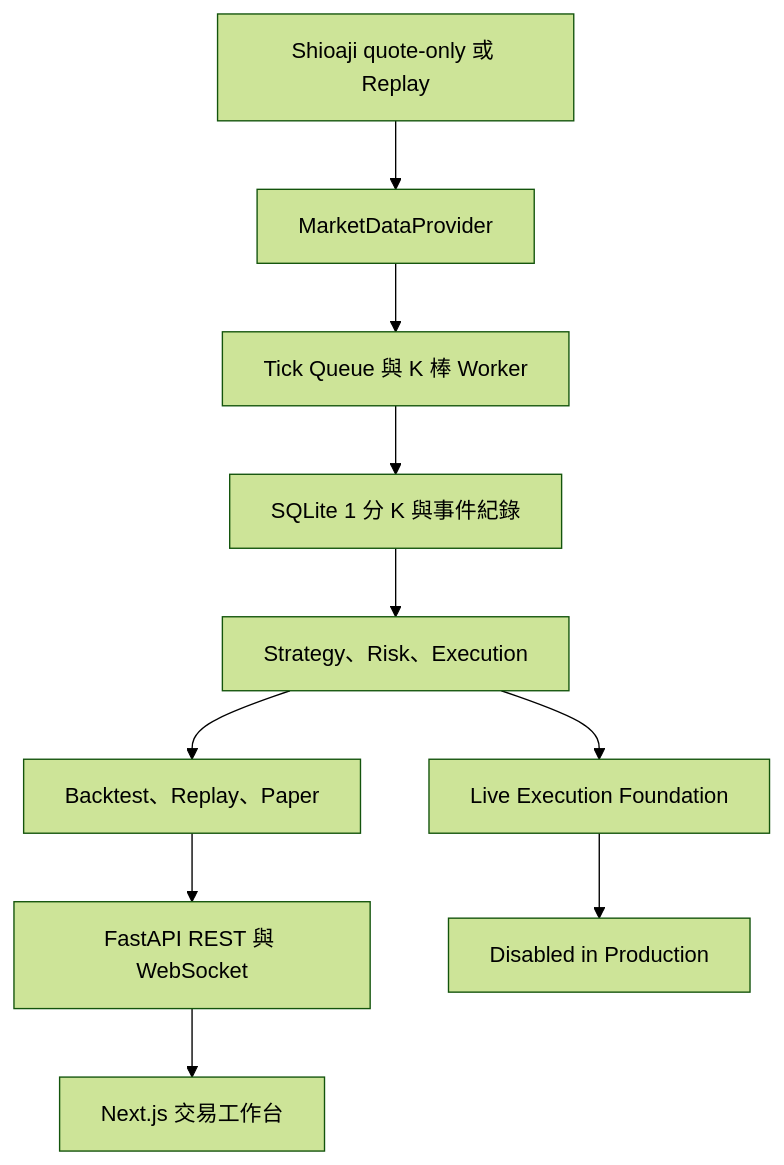
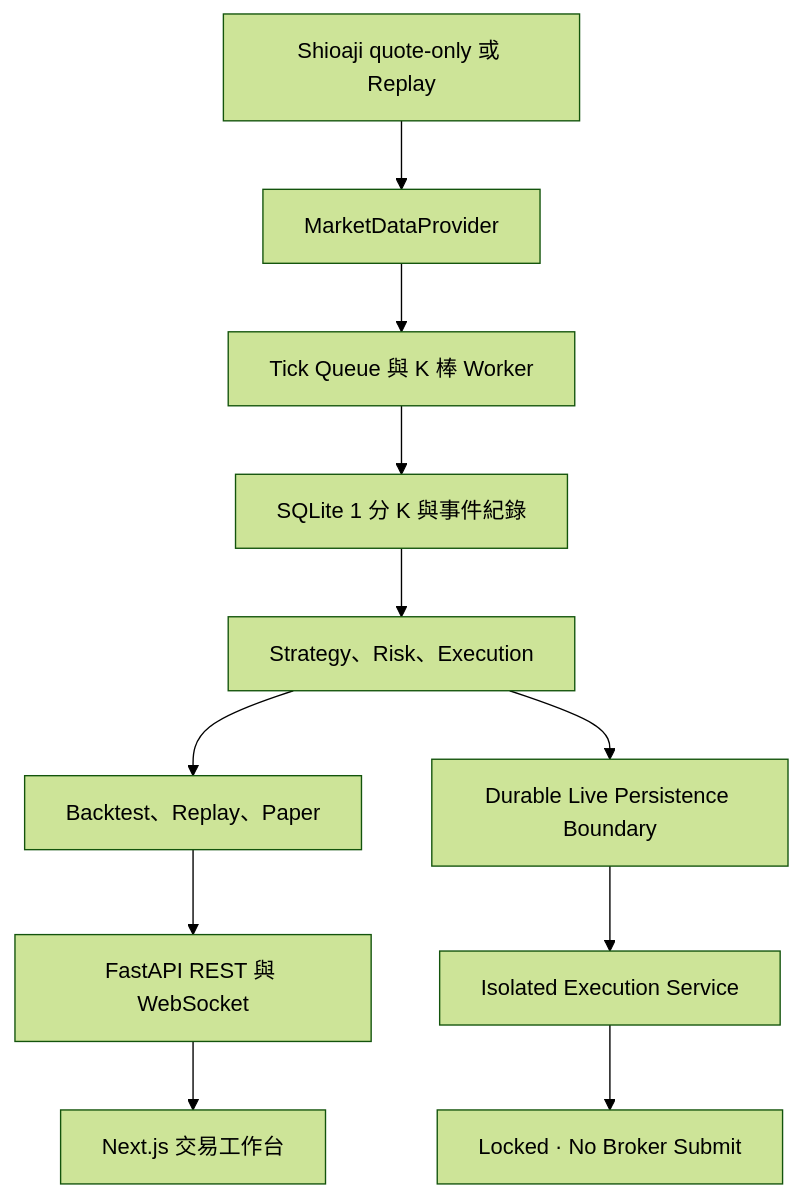
Before and after one commit to 3pwei/codex-tw-quant-trading-system: the first of 3 diagrams in README.md, drawn with Mermaid (forest theme). The commit also changed other lines of this file and 29 other files, not shown here.

Commit message:
feat: isolate live execution security boundary

````diff
--- a/README.md
+++ b/README.md
@@ -28,12 +30,13 @@
 ```mermaid
 flowchart TD
     A["Shioaji quote-only 或 Replay"] --> B["MarketDataProvider"]
     B --> C["Tick Queue 與 K 棒 Worker"]
     C --> D["SQLite 1 分 K 與事件紀錄"]
     D --> E["Strategy、Risk、Execution"]
     E --> F["Backtest、Replay、Paper"]
     F --> G["FastAPI REST 與 WebSocket"]
     G --> H["Next.js 交易工作台"]
-    E --> I["Live Execution Foundation"]
-    I --> J["Disabled in Production"]
+    E --> I["Durable Live Persistence Boundary"]
+    I --> J["Isolated Execution Service"]
+    J --> K["Locked · No Broker Submit"]
 ```
````
